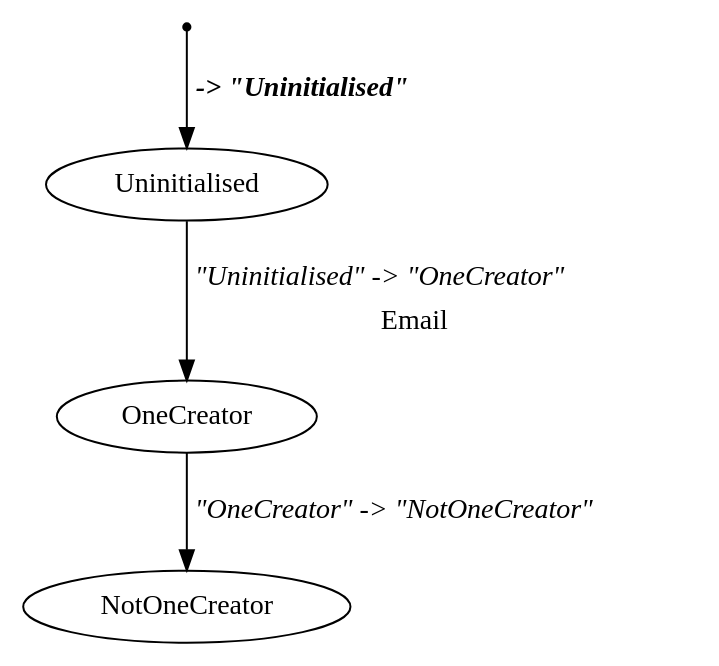
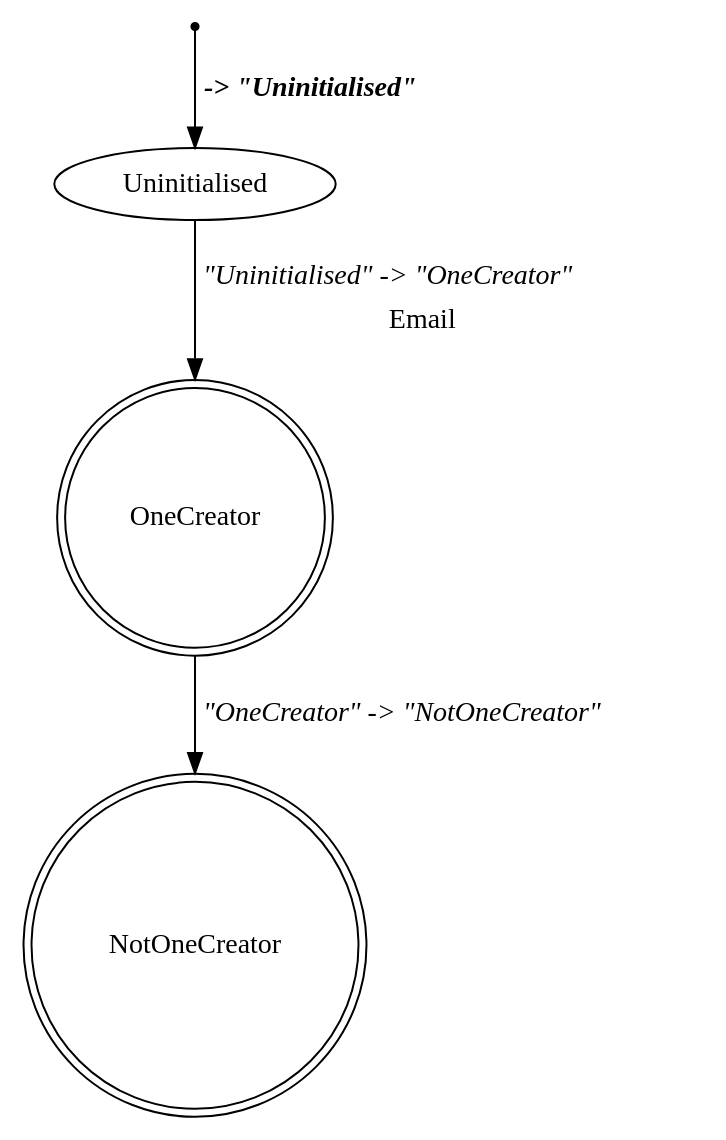
One commit to kieranjwhite/calendar_mirror changed the diagram in docs/ev_stm.dot. Above: the diagram before and after it, drawn with Graphviz. The commit also changed 13 other files, not shown here.

```diff
--- a/docs/ev_stm.dot
+++ b/docs/ev_stm.dot
@@ -1,9 +1,9 @@
 digraph ev_stm {
-    NotOneCreator[label="NotOneCreator"][shape="ellipse"];
-    OneCreator[label="OneCreator"][shape="ellipse"];
+    NotOneCreator[label="NotOneCreator"][shape="doublecircle"];
+    OneCreator[label="OneCreator"][shape="doublecircle"];
     Uninitialised[label="Uninitialised"][shape="ellipse"];
     _start[label="_start"][shape="point"];
     _start -> Uninitialised[label=<<TABLE BORDER="0"><TR><TD><B><I> -&gt; "Uninitialised"</I></B></TD></TR></TABLE>>];
     Uninitialised -> OneCreator[label=<<TABLE BORDER="0"><TR><TD><I>"Uninitialised" -&gt; "OneCreator"</I></TD></TR><TR><TD>Email</TD></TR></TABLE>>];
     OneCreator -> NotOneCreator[label=<<TABLE BORDER="0"><TR><TD><I>"OneCreator" -&gt; "NotOneCreator"</I></TD></TR></TABLE>>];
 }
```
